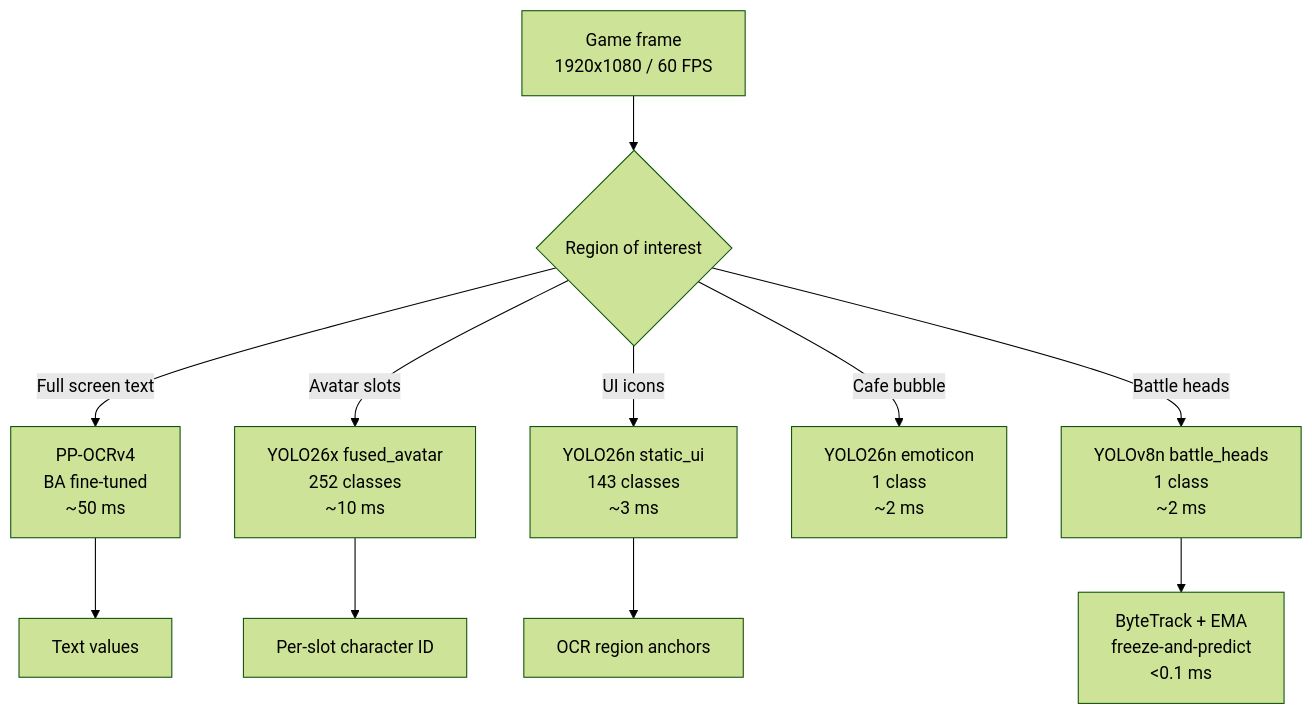
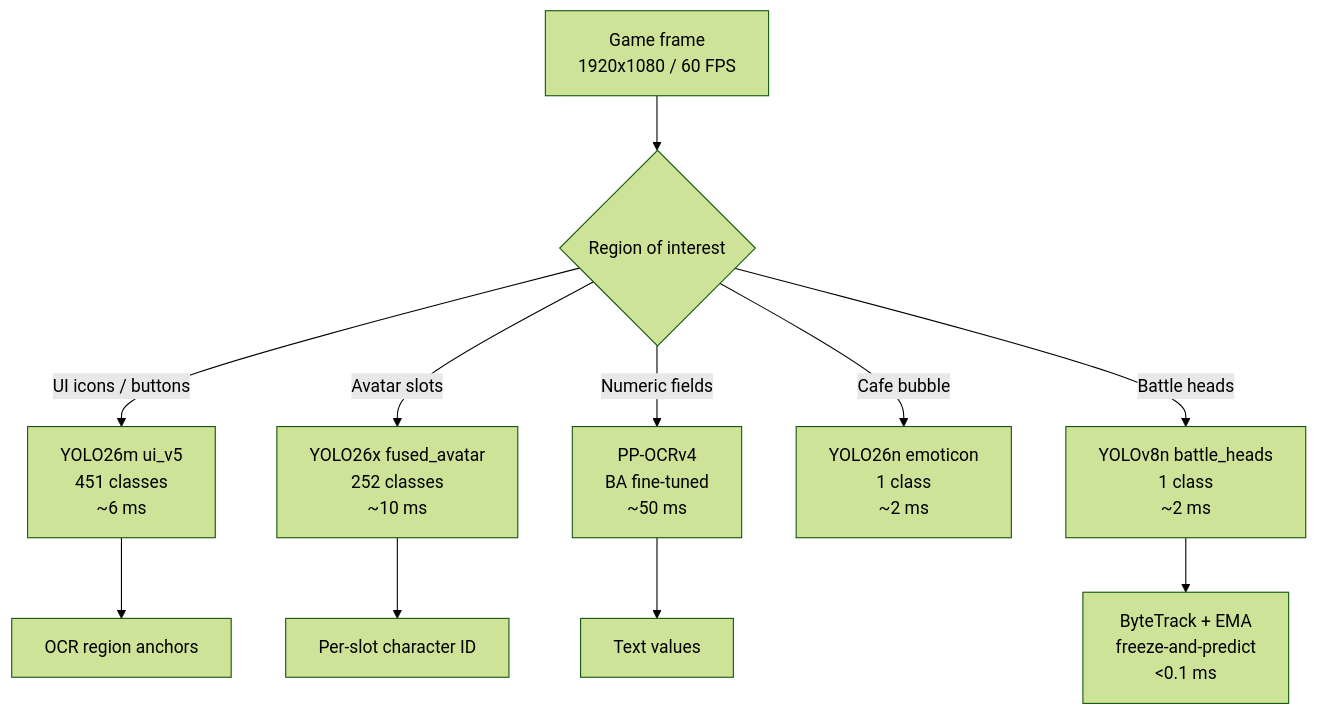
Before and after one commit to C0k11/blue-archive-assistant: the second of 5 diagrams in README.md, drawn with Mermaid (forest theme). The commit also changed other lines of this file and 38 other files, not shown here.

````diff
--- a/README.md
+++ b/README.md
@@ -66,13 +67,13 @@
 ```mermaid
 flowchart TD
     F[Game frame<br/>1920x1080 / 60 FPS] --> R{Region of interest}
-    R -->|"Full screen text"| O[PP-OCRv4<br/>BA fine-tuned<br/>~50 ms]
+    R -->|"UI icons / buttons"| SU[YOLO26m ui_v5<br/>451 classes<br/>~6 ms]
     R -->|"Avatar slots"| FA[YOLO26x fused_avatar<br/>252 classes<br/>~10 ms]
-    R -->|"UI icons"| SU[YOLO26n static_ui<br/>143 classes<br/>~3 ms]
+    R -->|"Numeric fields"| O[PP-OCRv4<br/>BA fine-tuned<br/>~50 ms]
     R -->|"Cafe bubble"| EM[YOLO26n emoticon<br/>1 class<br/>~2 ms]
     R -->|"Battle heads"| BH[YOLOv8n battle_heads<br/>1 class<br/>~2 ms]
     BH --> BT[ByteTrack + EMA<br/>freeze-and-predict<br/>&lt;0.1 ms]
     FA --> ID[Per-slot character ID]
     SU --> AN[OCR region anchors]
     O --> TX[Text values]
 ```
````
